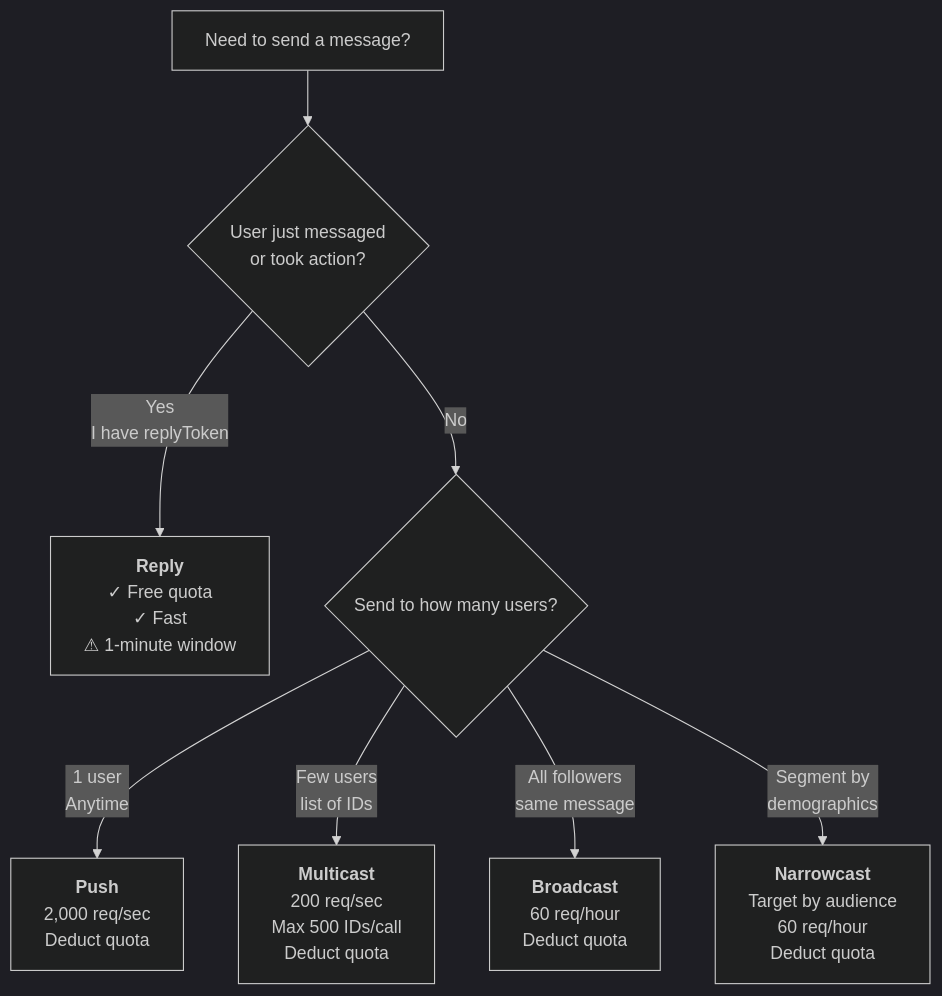
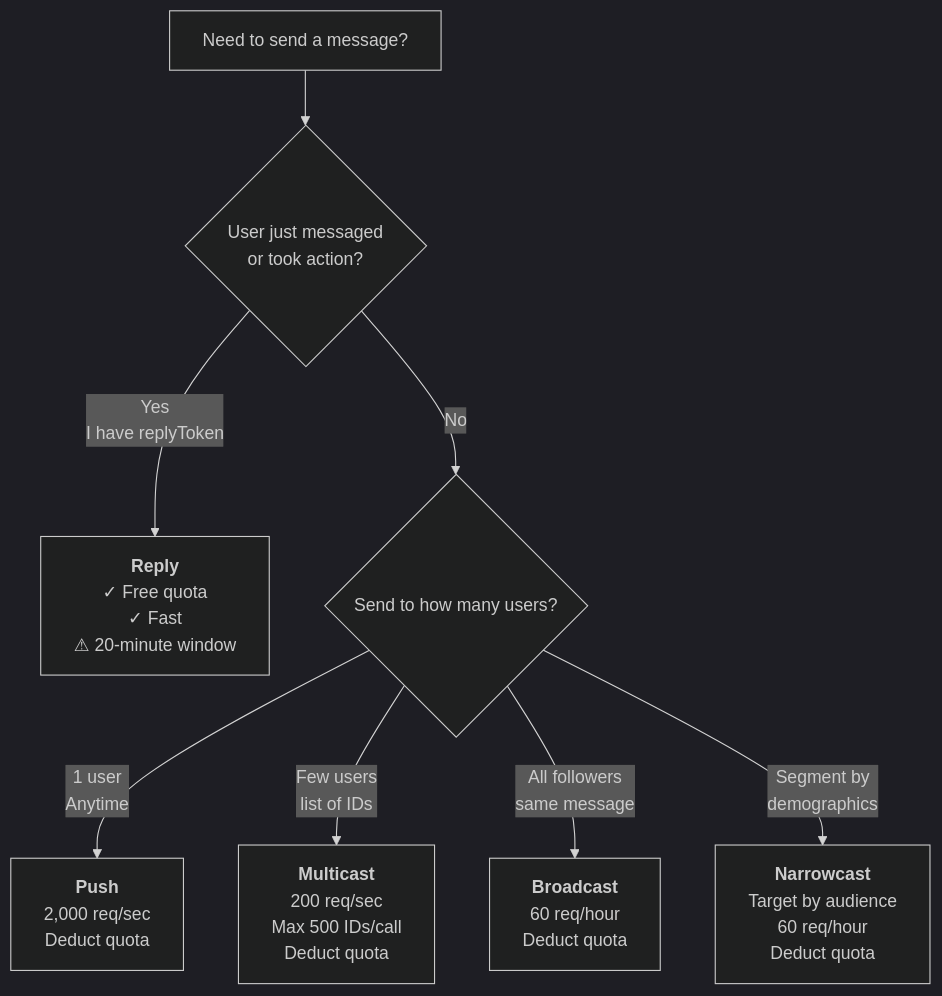
One commit to thepnatee/developer-tools-builder-document changed the diagram in skills/line-messaging/SKILL.md. Above: the diagram before and after it, drawn with Mermaid (dark theme). The commit also changed other lines of this file and 7 other files, not shown here.

````diff
--- a/skills/line-messaging/SKILL.md
+++ b/skills/line-messaging/SKILL.md
@@ -21,10 +21,10 @@
 ```mermaid
 flowchart TD
     Start[Need to send a message?] --> Q1{User just messaged<br/>or took action?}
-    Q1 -->|Yes<br/>I have replyToken| Reply["<b>Reply</b><br/>✓ Free quota<br/>✓ Fast<br/>⚠ 1-minute window"]
+    Q1 -->|Yes<br/>I have replyToken| Reply["<b>Reply</b><br/>✓ Free quota<br/>✓ Fast<br/>⚠ 20-minute window"]
     Q1 -->|No| Q2{Send to how many users?}
     Q2 -->|1 user<br/>Anytime| Push["<b>Push</b><br/>2,000 req/sec<br/>Deduct quota"]
     Q2 -->|Few users<br/>list of IDs| Multi["<b>Multicast</b><br/>200 req/sec<br/>Max 500 IDs/call<br/>Deduct quota"]
     Q2 -->|All followers<br/>same message| Broad["<b>Broadcast</b><br/>60 req/hour<br/>Deduct quota"]
     Q2 -->|Segment by<br/>demographics| Narrow["<b>Narrowcast</b><br/>Target by audience<br/>60 req/hour<br/>Deduct quota"]
 ```
````
